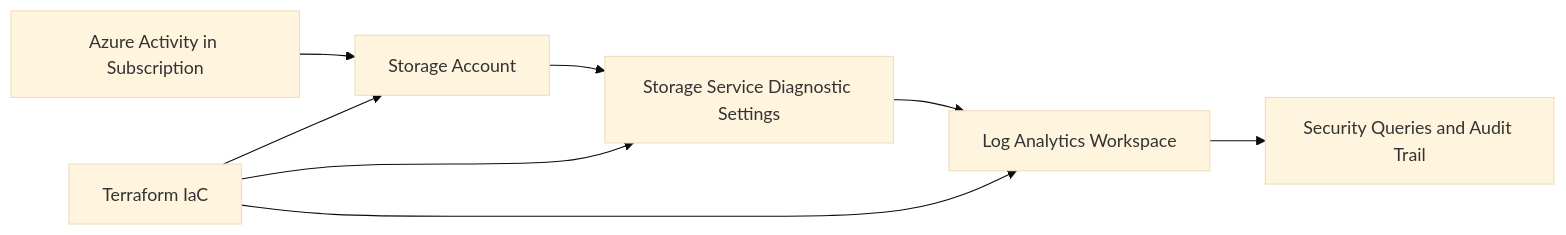
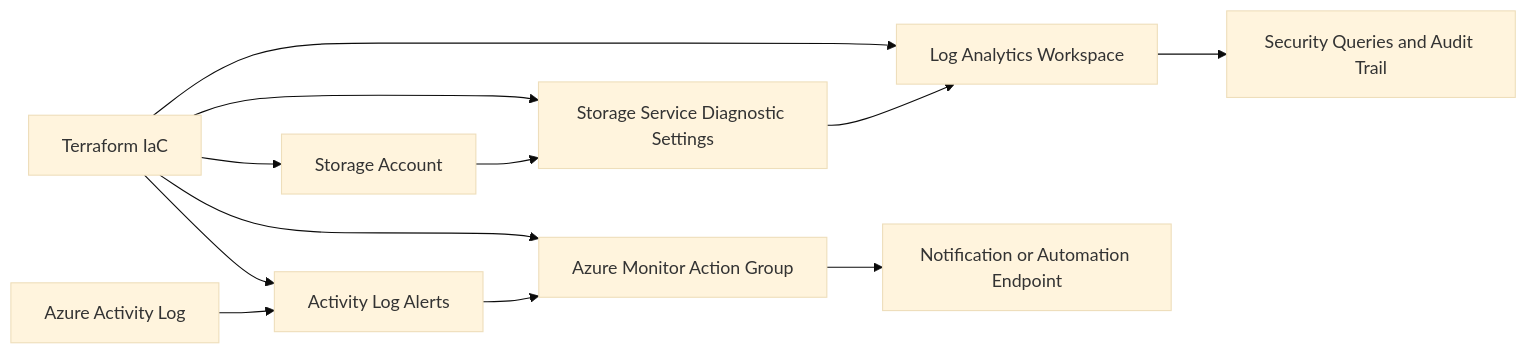
The diagram in docs/ARCHITECTURE.md (AErmie/DevSecBlueprint-CloudNativeSecurityAutomation-Capstone), drawn with Mermaid (base theme) before and after one commit. The commit also changed other lines of this file and 13 other files, not shown here.

````diff
--- a/docs/ARCHITECTURE.md
+++ b/docs/ARCHITECTURE.md
@@ -7,11 +8,15 @@
 ```mermaid
 flowchart LR
-  A[Azure Activity in Subscription] --> B[Storage Account]
-  B --> C[Storage Service Diagnostic Settings]
+  A[Azure Activity Log] --> F[Activity Log Alerts]
+  B[Storage Account] --> C[Storage Service Diagnostic Settings]
   C --> D[Log Analytics Workspace]
-  D --> E[Security Queries and Audit Trail]
+  F --> G[Azure Monitor Action Group]
+  G --> H[Notification or Automation Endpoint]
+  D --> I[Security Queries and Audit Trail]
 
-  F[Terraform IaC] --> B
-  F --> C
-  F --> D
+  J[Terraform IaC] --> B
+  J --> C
+  J --> D
+  J --> F
+  J --> G
 ```
````
